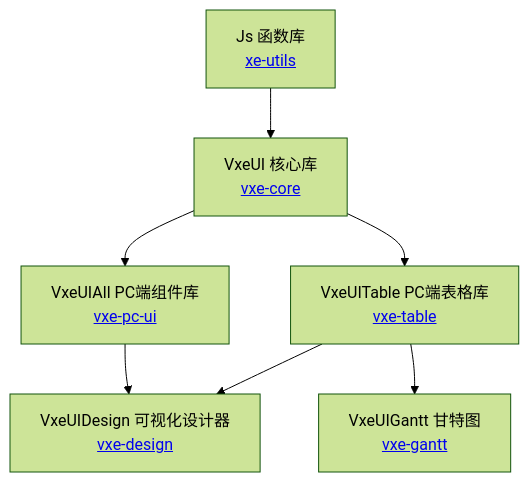
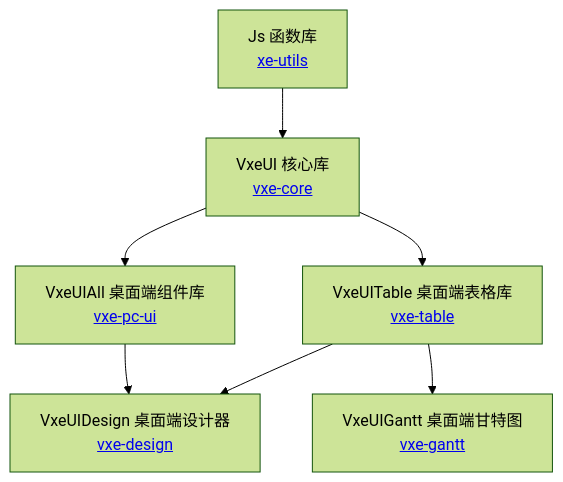
The first of 4 diagrams in framework.md (x-extends/vxe-ui-docs), drawn with Mermaid (forest theme) before and after one commit.

````diff
--- a/framework.md
+++ b/framework.md
@@ -3,9 +3,9 @@
 ```mermaid
 graph TD;
     xe-utils[Js 函数库<br><a href="https://github.com/x-extends/xe-utils" target="_blank">xe-utils</a>]-->vxe-core[VxeUI 核心库<br><a href="https://github.com/x-extends/vxe-core" target="_blank">vxe-core</a>];
-    vxe-core-->vxe-pc-ui[VxeUIAll PC端组件库<br><a href="https://github.com/x-extends/vxe-pc-ui" target="_blank">vxe-pc-ui</a>];
-    vxe-core-->vxe-table[VxeUITable PC端表格库<br><a href="https://github.com/x-extends/vxe-table" target="_blank">vxe-table</a>];
-    vxe-table-->vxe-gantt[VxeUIGantt 甘特图<br><a href="https://github.com/x-extends/vxe-gantt" target="_blank">vxe-gantt</a>];
-    vxe-pc-ui-->vxe-design[VxeUIDesign 可视化设计器<br><a href="https://github.com/x-extends/vxe-design" target="_blank">vxe-design</a>];
+    vxe-core-->vxe-pc-ui[VxeUIAll 桌面端组件库<br><a href="https://github.com/x-extends/vxe-pc-ui" target="_blank">vxe-pc-ui</a>];
+    vxe-core-->vxe-table[VxeUITable 桌面端表格库<br><a href="https://github.com/x-extends/vxe-table" target="_blank">vxe-table</a>];
+    vxe-table-->vxe-gantt[VxeUIGantt 桌面端甘特图<br><a href="https://github.com/x-extends/vxe-gantt" target="_blank">vxe-gantt</a>];
+    vxe-pc-ui-->vxe-design[VxeUIDesign 桌面端设计器<br><a href="https://github.com/x-extends/vxe-design" target="_blank">vxe-design</a>];
     vxe-table-->vxe-design;
 ```
````
